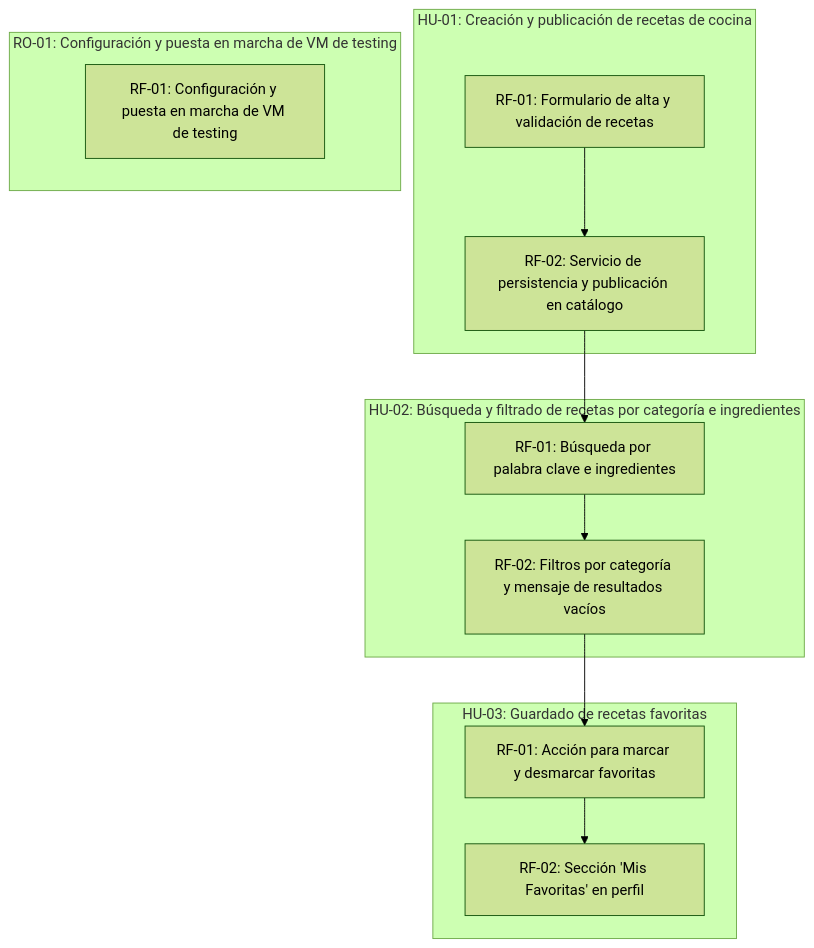
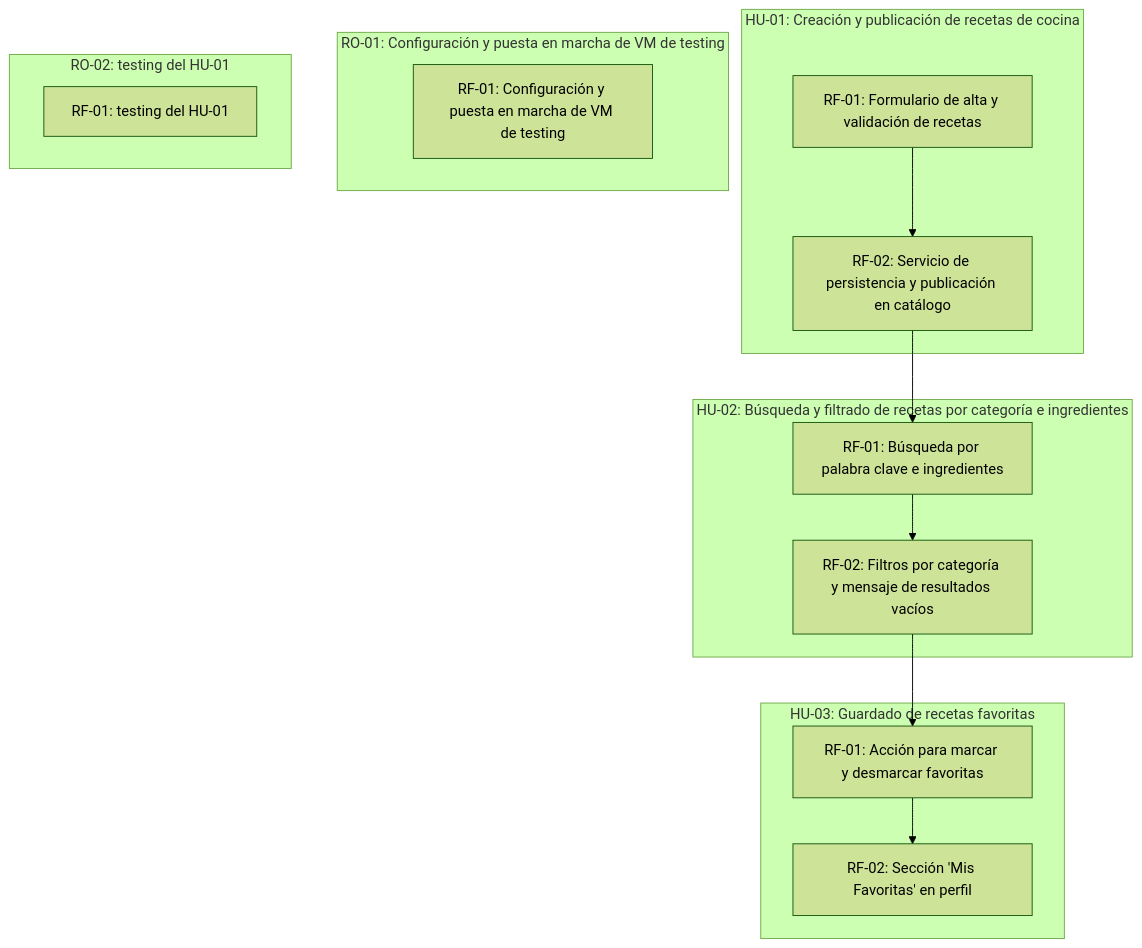
One commit to SVGiannoni/RecetasPanaRossi changed the diagram in scrumDocs/grafo.md. Above: the diagram before and after it, drawn with Mermaid (forest theme). The commit also changed other lines of this file, not shown here.

Commit message:
Auto-publish: actualiza scrumDocs/grafo.md

````diff
--- a/scrumDocs/grafo.md
+++ b/scrumDocs/grafo.md
@@ -5,23 +5,26 @@
 ```mermaid
 graph TD
   subgraph US_1788784804716["HU-01: Creación y publicación de recetas de cocina"]
     REQ_1788785182545["RF-01: Formulario de alta y validación de recetas"]
     REQ_1788785196739["RF-02: Servicio de persistencia y publicación en catálogo"]
   end
   subgraph US_1788784817567["HU-02: Búsqueda y filtrado de recetas por categoría e ingredientes"]
     REQ_1788785446610["RF-01: Búsqueda por palabra clave e ingredientes"]
     REQ_1788785477255["RF-02: Filtros por categoría y mensaje de resultados vacíos"]
   end
   subgraph US_1788784829317["HU-03: Guardado de recetas favoritas"]
     REQ_1788785498187["RF-01: Acción para marcar y desmarcar favoritas"]
     REQ_1788785510602["RF-02: Sección 'Mis Favoritas' en perfil"]
   end
   subgraph US_1788785524805["RO-01: Configuración y puesta en marcha de VM de testing"]
     REQ_1788785524811["RF-01: Configuración y puesta en marcha de VM de testing"]
   end
+  subgraph US_1788790818388["RO-02: testing del HU-01"]
+    REQ_1788790818395["RF-01: testing del HU-01"]
+  end
   REQ_1788785182545 --> REQ_1788785196739
   REQ_1788785196739 --> REQ_1788785446610
   REQ_1788785446610 --> REQ_1788785477255
   REQ_1788785477255 --> REQ_1788785498187
   REQ_1788785498187 --> REQ_1788785510602
 ```
````
